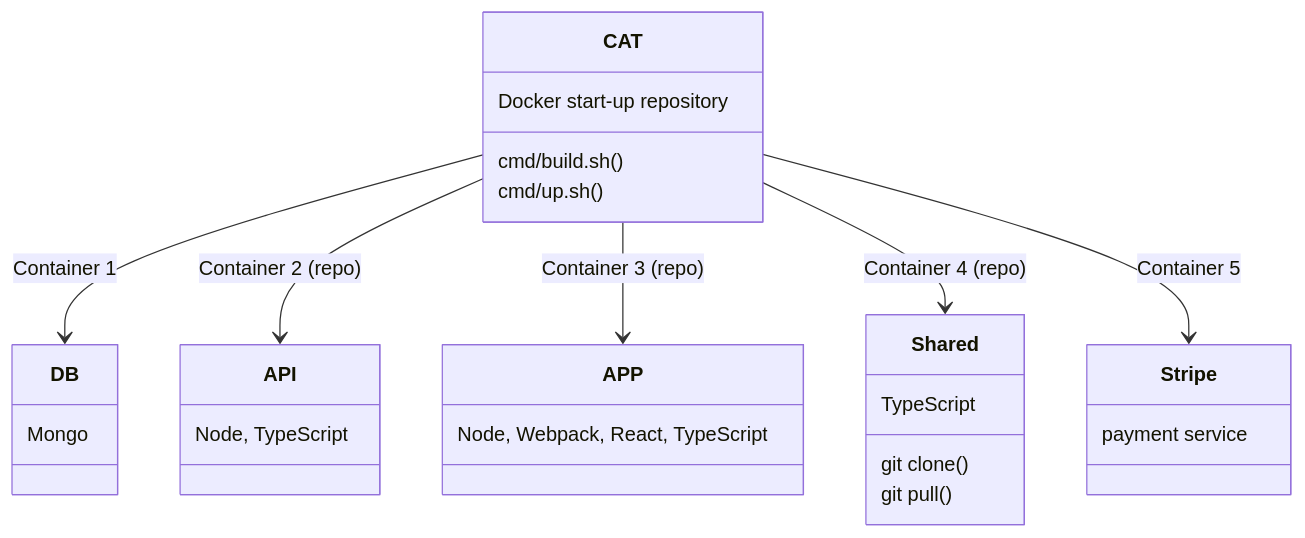
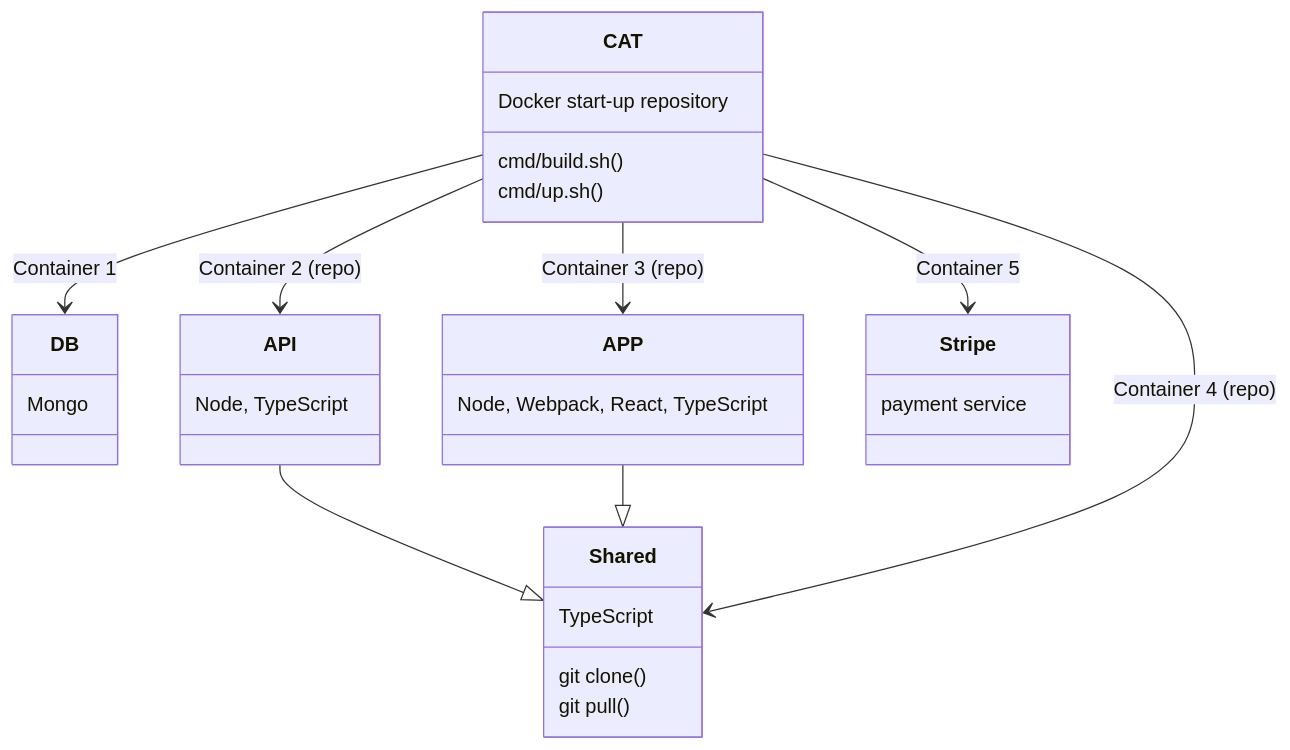
One commit to Karmello/cat-start changed the diagram in README.md. Above: the diagram before and after it, drawn with Mermaid.

Commit message:
repo name change to cat

````diff
--- a/README.md
+++ b/README.md
@@ -8,18 +8,20 @@
 ```mermaid
 classDiagram
 CAT : Docker start-up repository
 CAT: cmd/build.sh()
 CAT: cmd/up.sh()
 DB: Mongo
 API: Node, TypeScript
 APP: Node, Webpack, React, TypeScript
 Shared: TypeScript
 Shared: git clone()
 Shared: git pull()
 Stripe: payment service
+API --|> Shared
+APP --|> Shared
 CAT --> DB : Container 1
 CAT --> API : Container 2 (repo)
 CAT --> APP : Container 3 (repo)
 CAT --> Shared : Container 4 (repo)
 CAT --> Stripe : Container 5
 ```
````
